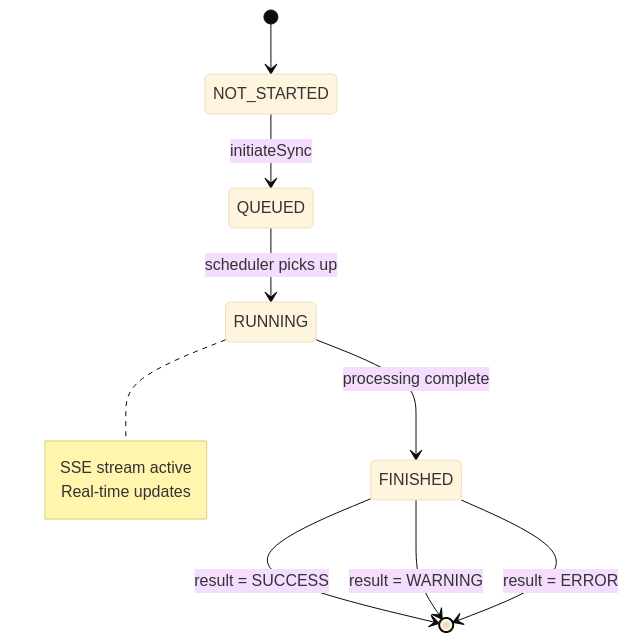
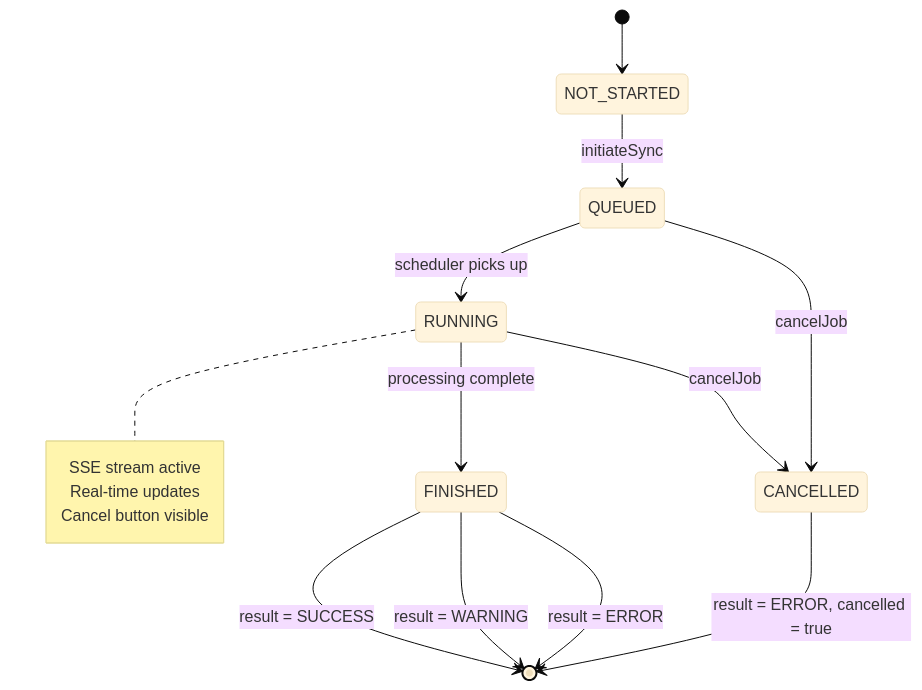
Before and after one commit to EPFL-ENAC/co2-calculator: diagram 16 of 18 in frontend/src/pages/back-office/data-management.md, drawn with Mermaid (base theme). The commit also changed other lines of this file, not shown here.

First line of the commit message:
docs(data-management): update architecture docs for common uploads, cancel, and job enrichment

````diff
--- a/frontend/src/pages/back-office/data-management.md
+++ b/frontend/src/pages/back-office/data-management.md
@@ -577,16 +603,21 @@
 ```mermaid
 stateDiagram-v2
     [*] --> NOT_STARTED
     NOT_STARTED --> QUEUED: initiateSync
     QUEUED --> RUNNING: scheduler picks up
     RUNNING --> FINISHED: processing complete
 
     FINISHED --> [*]: result = SUCCESS
     FINISHED --> [*]: result = WARNING
     FINISHED --> [*]: result = ERROR
 
+    RUNNING --> CANCELLED: cancelJob
+    QUEUED --> CANCELLED: cancelJob
+    CANCELLED --> [*]: result = ERROR, cancelled = true
+
     note right of RUNNING
       SSE stream active
       Real-time updates
+      Cancel button visible
     end note
 ```
````
